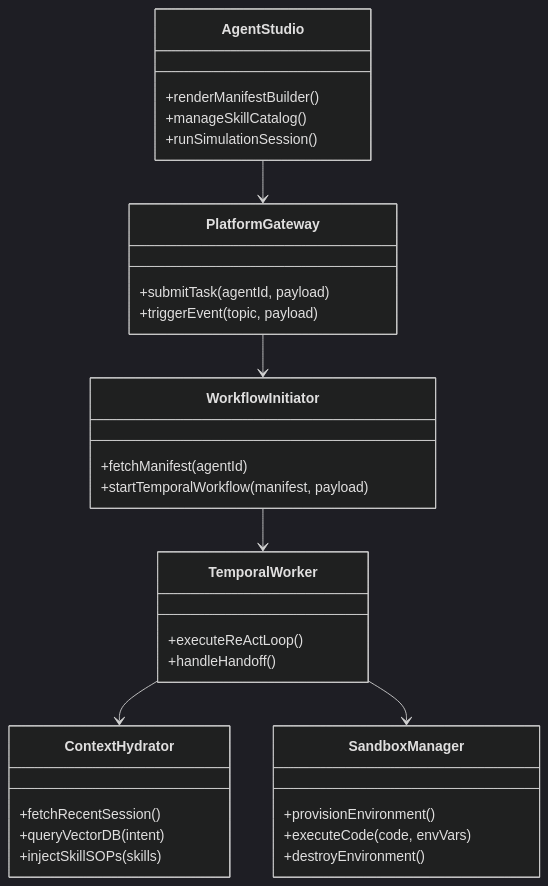
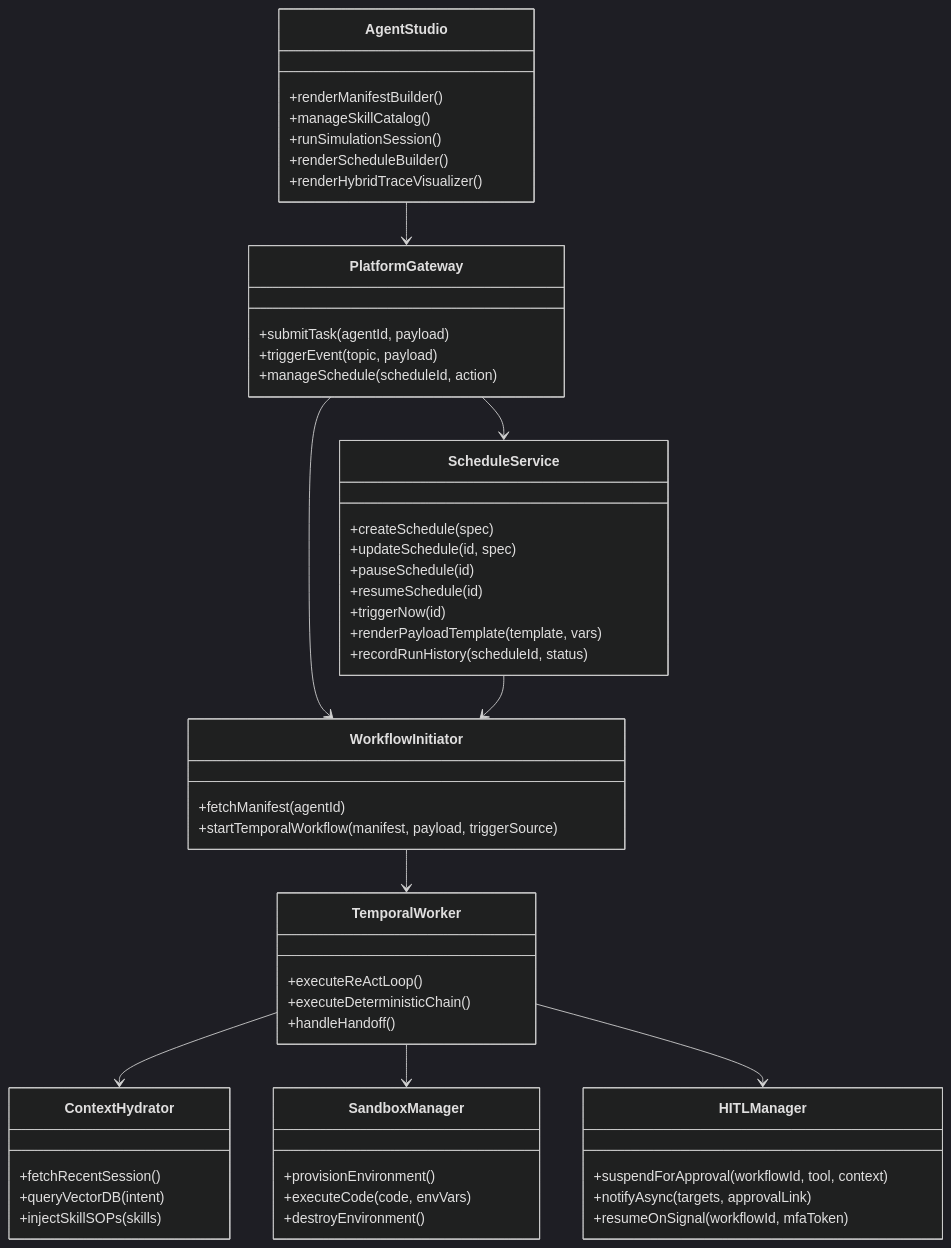
Before and after one commit to rayarun/a1-agent-engine: the third of 6 diagrams in architecture.md, drawn with Mermaid (dark theme). The commit also changed other lines of this file and 2 other files, not shown here.

First line of the commit message:
Arch: Enforce database-per-service pattern and expand py-agent-core design

````diff
--- a/architecture.md
+++ b/architecture.md
@@ -125,36 +153,57 @@
 ```mermaid
 classDiagram
     class AgentStudio {
         +renderManifestBuilder()
         +manageSkillCatalog()
         +runSimulationSession()
+        +renderScheduleBuilder()
+        +renderHybridTraceVisualizer()
     }
     class PlatformGateway {
         +submitTask(agentId, payload)
         +triggerEvent(topic, payload)
+        +manageSchedule(scheduleId, action)
     }
     class WorkflowInitiator {
         +fetchManifest(agentId)
-        +startTemporalWorkflow(manifest, payload)
+        +startTemporalWorkflow(manifest, payload, triggerSource)
     }
     class TemporalWorker {
         +executeReActLoop()
+        +executeDeterministicChain()
         +handleHandoff()
+    }
+    class ScheduleService {
+        +createSchedule(spec)
+        +updateSchedule(id, spec)
+        +pauseSchedule(id)
+        +resumeSchedule(id)
+        +triggerNow(id)
+        +renderPayloadTemplate(template, vars)
+        +recordRunHistory(scheduleId, status)
+    }
+    class HITLManager {
+        +suspendForApproval(workflowId, tool, context)
+        +notifyAsync(targets, approvalLink)
+        +resumeOnSignal(workflowId, mfaToken)
     }
     class ContextHydrator {
         +fetchRecentSession()
         +queryVectorDB(intent)
         +injectSkillSOPs(skills)
     }
     class SandboxManager {
         +provisionEnvironment()
         +executeCode(code, envVars)
         +destroyEnvironment()
     }
 
     AgentStudio --> PlatformGateway
     PlatformGateway --> WorkflowInitiator
+    PlatformGateway --> ScheduleService
+    ScheduleService --> WorkflowInitiator
     WorkflowInitiator --> TemporalWorker
     TemporalWorker --> ContextHydrator
     TemporalWorker --> SandboxManager
+    TemporalWorker --> HITLManager
 ```
````
